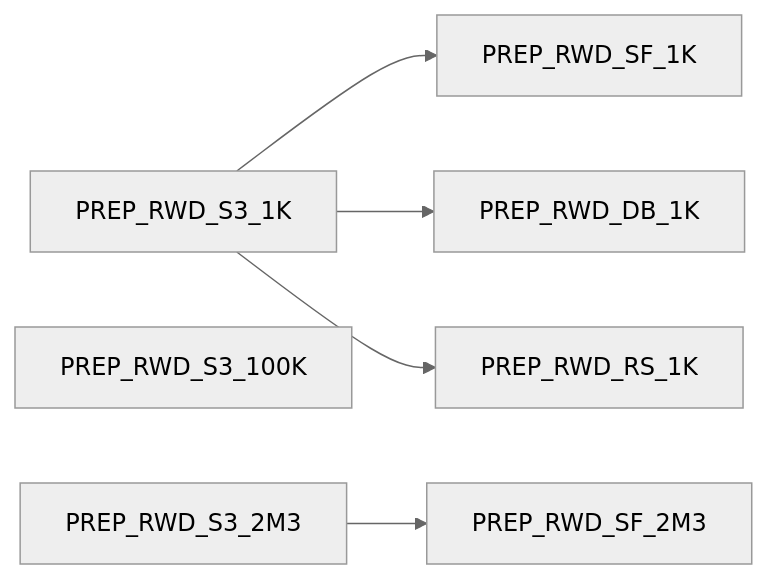
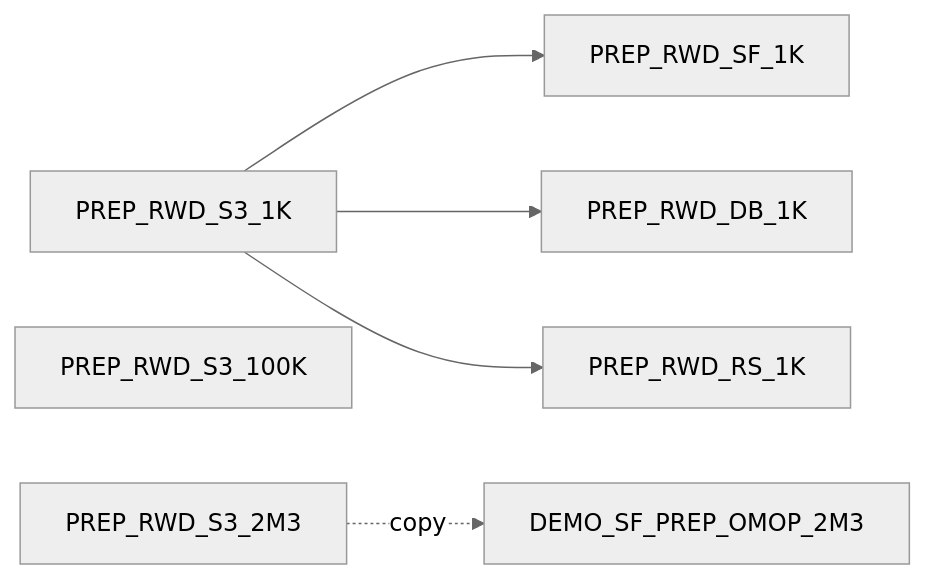
Before and after one commit to lhfudataiku/bs-rwe-assets: the diagram in docs/migration-revision-plan.md, drawn with Mermaid (neutral theme). The commit also changed other lines of this file and 18 other files, not shown here.

First line of the commit message:
Revise the migration plan: Workstream E, demo-suite copy, refreshed index

````diff
--- a/docs/migration-revision-plan.md
+++ b/docs/migration-revision-plan.md
@@ -98,8 +100,8 @@
 ```mermaid
 flowchart LR
   A[PREP_RWD_S3_1K] --> SF1[PREP_RWD_SF_1K]
   A --> DB1[PREP_RWD_DB_1K]
   A --> RS1[PREP_RWD_RS_1K]
   B[PREP_RWD_S3_100K]
-  C[PREP_RWD_S3_2M3] --> SF2[PREP_RWD_SF_2M3]
+  C[PREP_RWD_S3_2M3] -.copy.-> SF2[DEMO_SF_PREP_OMOP_2M3]
 ```
````
